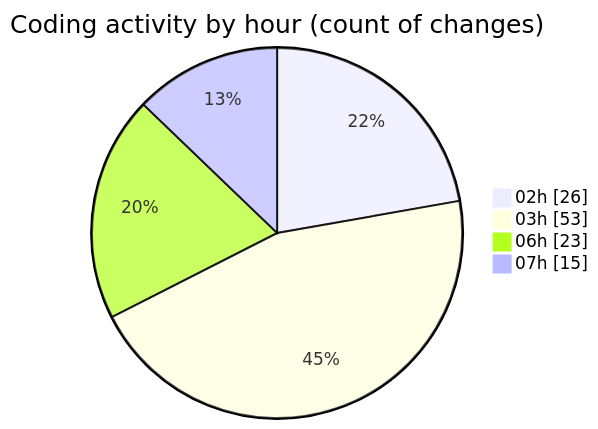
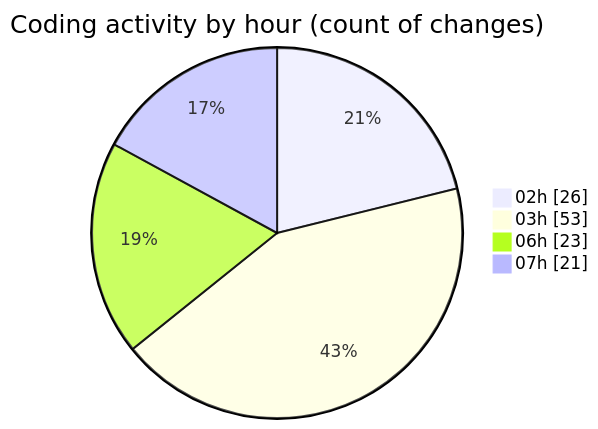
Before and after one commit to charlie-sans/code-tracking: the second of 2 diagrams in 2025-02-22/micros/README.md, drawn with Mermaid. The commit also changed other lines of this file and 1 other file, not shown here.

````diff
--- a/2025-02-22/micros/README.md
+++ b/2025-02-22/micros/README.md
@@ -67,8 +69,8 @@
 ```mermaid
 pie showData
 title Coding activity by hour (count of changes)
 "02h" : 26
 "03h" : 53
 "06h" : 23
-"07h" : 15
+"07h" : 21
 ```
````
